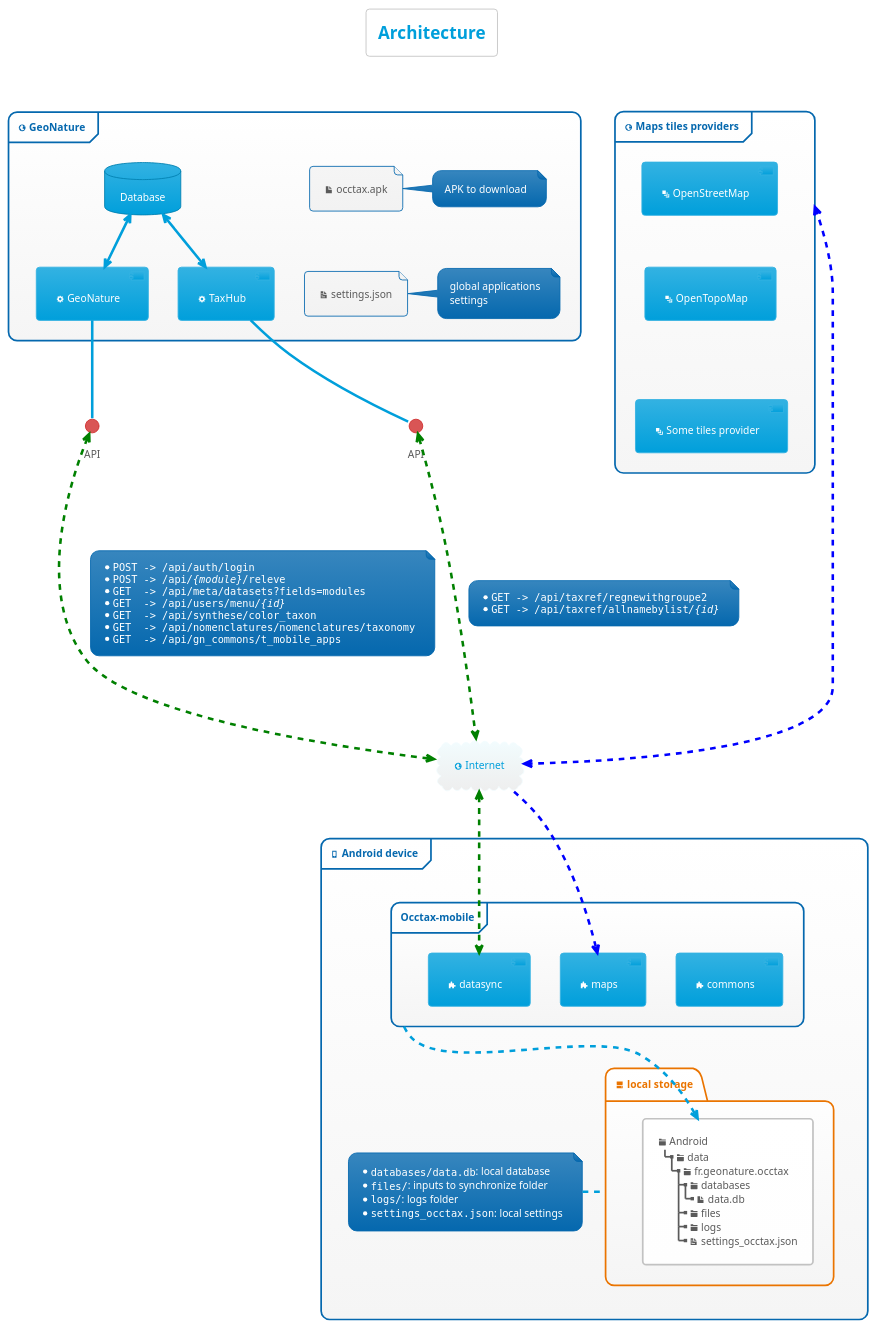
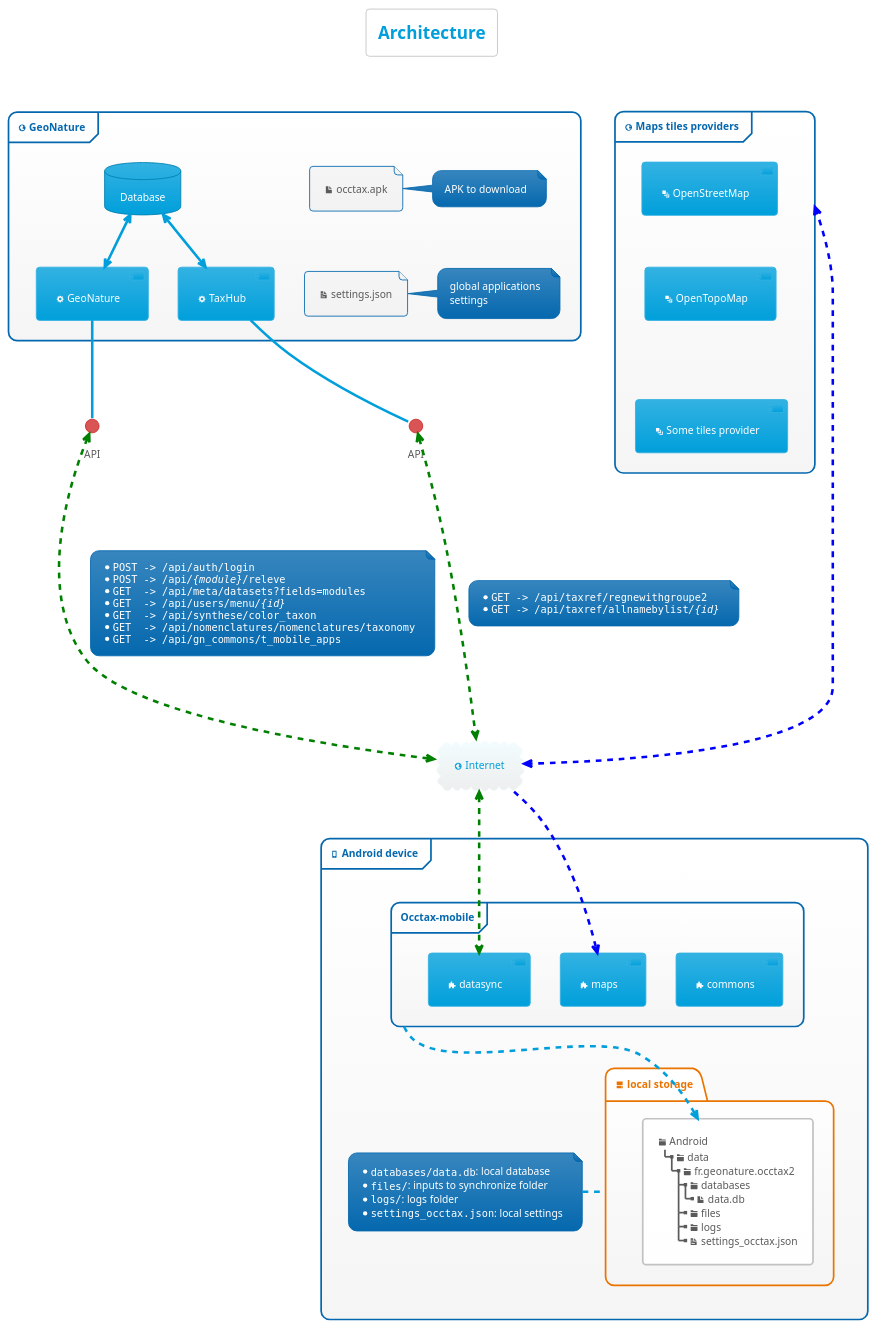
Before and after one commit to PnX-SI/gn_mobile_occtax: the diagram in docs/uml/arch.puml, drawn with PlantUML. The commit also changed 3 other files, not shown here.

```diff
--- a/docs/uml/arch.puml
+++ b/docs/uml/arch.puml
@@ -1,101 +1,101 @@
 @startuml
 
 !theme bluegray
 
 skinparam componentStyle uml2
 skinparam backgroundColor transparent
 
 title **Architecture**
 
 frame "<&globe> GeoNature" as frame_gn {
     database "Database" as db
 
     component "<&cog> GeoNature" as comp_gn
     component "<&cog> TaxHub" as comp_th
 
     file "<&file> occtax.apk" as apk
     note right: APK to download
     file "<&document> settings.json" as json
     note right: global applications\nsettings
 
     apk -[hidden]- json
 
     db <--> comp_gn
     db <--> comp_th
 }
 
 interface "API" as i_api_gn
 interface "API" as i_api_th
 
 comp_gn -- i_api_gn
 comp_th -- i_api_th
 
 cloud "<&globe> Internet" as internet
 
 i_api_gn <..[#green]..> internet
 note left on link
     * ""POST -> /api/auth/login""
     * ""POST -> /api///{module}///releve""
     * ""GET  -> /api/meta/datasets?fields=modules""
     * ""GET  -> /api/users/menu///{id}//""
     * ""GET  -> /api/synthese/color_taxon""
     * ""GET  -> /api/nomenclatures/nomenclatures/taxonomy""
     * ""GET  -> /api/gn_commons/t_mobile_apps""
 end note
 
 i_api_th <..[#green]..> internet
 note left on link
     * ""GET -> /api/taxref/regnewithgroupe2""
     * ""GET -> /api/taxref/allnamebylist///{id}//""
 end note
 
 frame "<&globe> Maps tiles providers" as tiles_providers {
     component "<&layers> OpenStreetMap" as tp_osm
     component "<&layers> OpenTopoMap" as tp_otm
     component "<&layers> Some tiles provider" as tp_other
 
     tp_osm -[hidden]- tp_otm
     tp_otm -[hidden]- tp_other
 }
 
 tiles_providers -[hidden]left- frame_gn
 tiles_providers <.[#blue].> internet
 
 frame "<&phone> Android device" as device {
     frame "Occtax-mobile" as frame_occtax {
         component "<&puzzle-piece> commons" as gn_commons
         component "<&puzzle-piece> datasync" as gn_datasync
         component "<&puzzle-piece> maps" as gn_maps
 
         internet <.[#green].> gn_datasync
         internet .[#blue].> gn_maps
     }
 
     folder "<&hard-drive> local storage" as local_storage {
         rectangle sd [
             <&folder> Android
             |_ <&folder> data
-              |_ <&folder> fr.geonature.occtax
+              |_ <&folder> fr.geonature.occtax2
                 |_ <&folder> databases
                   |_ <&file> data.db
                 |_ <&folder> files
                 |_ <&folder> logs
                 |_ <&document> settings_occtax.json
         ]
     }
     
     note as note_local_storage
         * ""databases/data.db"": local database
         * ""files/"": inputs to synchronize folder
         * ""logs/"": logs folder
         * ""settings_occtax.json"": local settings
     end note
 
     note_local_storage . local_storage
 
     frame_occtax .down.> sd
 }
 
 internet -[hidden]- device
 
 @enduml
```
